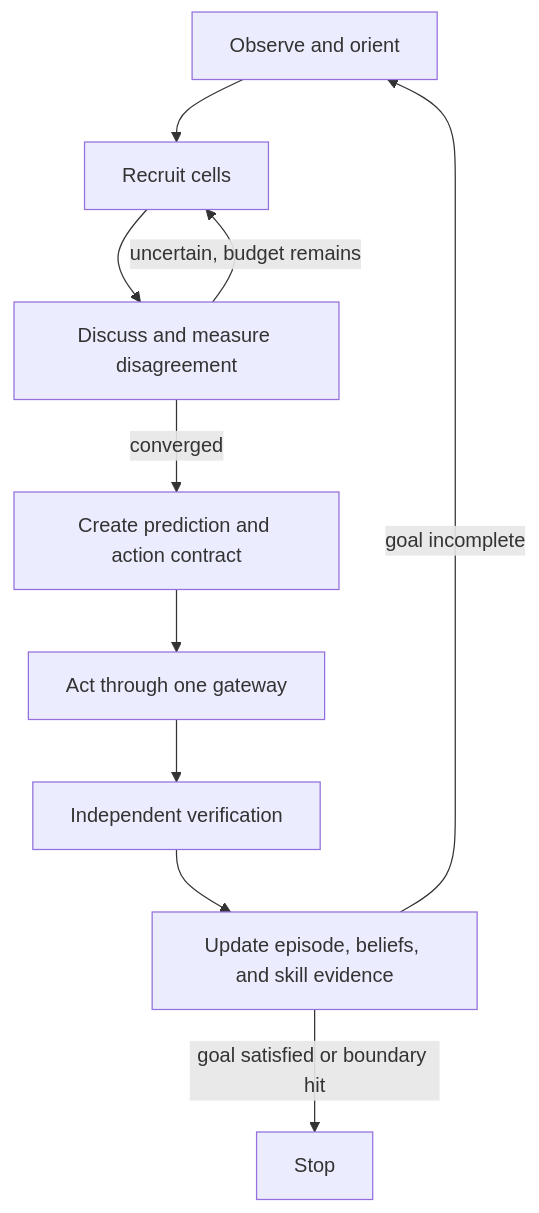
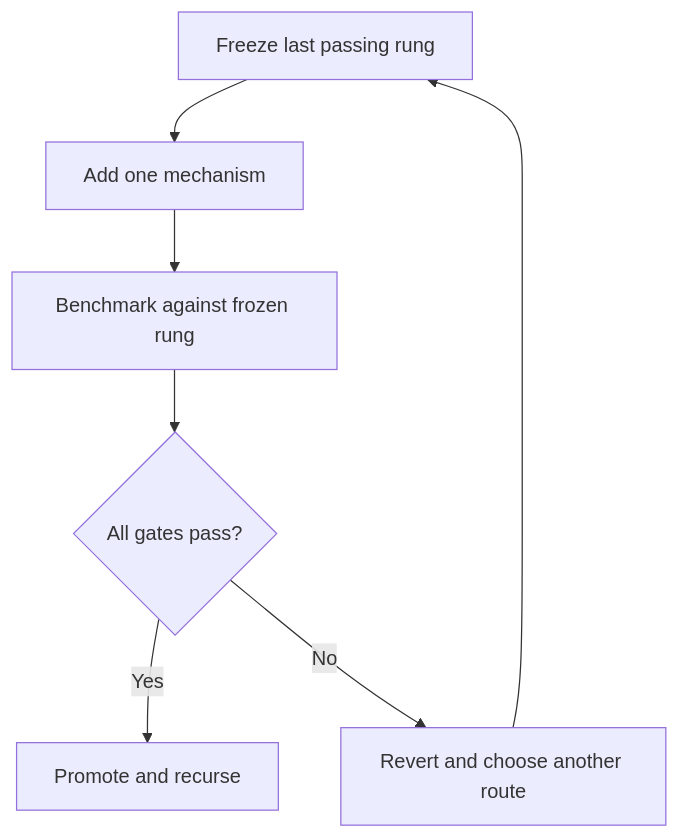
Before and after one commit to mrman123312/Leviathan: the diagram in docs/17-one-agent-recursive-plan.md, drawn with Mermaid. The commit also changed other lines of this file and 32 other files, not shown here.

````diff
--- a/docs/17-one-agent-recursive-plan.md
+++ b/docs/17-one-agent-recursive-plan.md
@@ -91,12 +137,9 @@
 ```mermaid
 flowchart TD
-    O[Observe and orient] --> R[Recruit cells]
-    R --> D[Discuss and measure disagreement]
-    D -->|uncertain, budget remains| R
-    D -->|converged| C[Create prediction and action contract]
-    C --> A[Act through one gateway]
-    A --> V[Independent verification]
-    V --> U[Update episode, beliefs, and skill evidence]
-    U -->|goal incomplete| O
-    U -->|goal satisfied or boundary hit| S[Stop]
+    A[Freeze last passing rung] --> B[Add one mechanism]
+    B --> C[Benchmark against frozen rung]
+    C --> D{All gates pass?}
+    D -->|Yes| E[Promote and recurse]
+    D -->|No| F[Revert and choose another route]
+    F --> A
 ```
````
